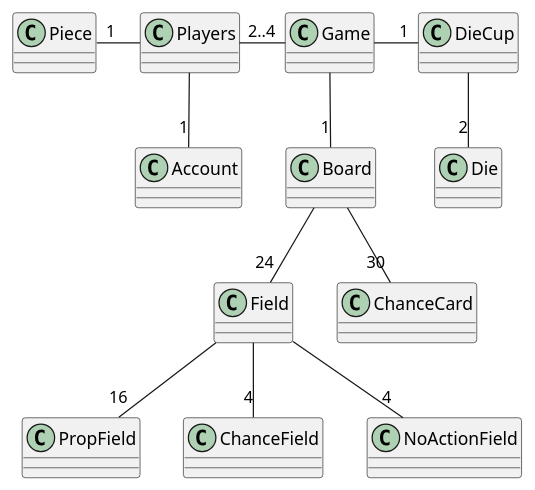
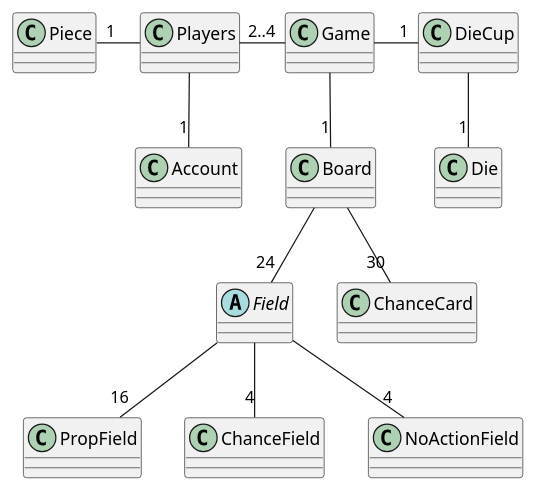
Before and after one commit to Jakob-SA/CDIO-3: the diagram in src/main/java/plantUML_diagrams/DomainClassDiagram.puml, drawn with PlantUML.

```diff
--- a/src/main/java/plantUML_diagrams/DomainClassDiagram.puml
+++ b/src/main/java/plantUML_diagrams/DomainClassDiagram.puml
@@ -1,16 +1,18 @@
 @startuml
 'https://plantuml.com/class-diagram
+
+abstract class Field
 
 Players"2..4" - Game
 Piece"1" - Players
 Players -- "1"Account
 Game - "1"DieCup
-DieCup -- "2"Die
+DieCup -- "1"Die
 Game -- "1"Board
-Board -- "24"Field
-Field -- "16"PropField
-Field -- "4"ChanceField
-Field -- "4"NoActionField
+Board -- "24"  Field
+ Field -- "16"PropField
+ Field -- "4"ChanceField
+ Field -- "4"NoActionField
 Board -- "30"ChanceCard
 
 @enduml
```
